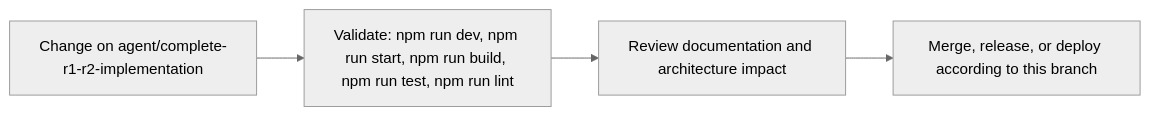
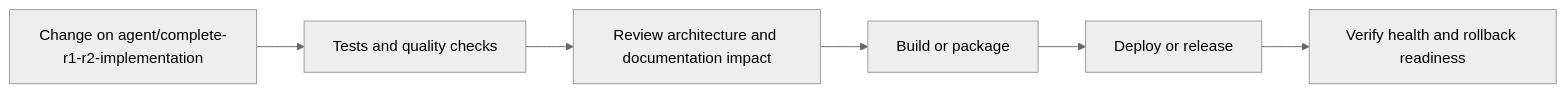
One commit to Nischhalsubba/BindForge-NW changed the fifth of 6 diagrams in README.md. Above: the diagram before and after it, drawn with Mermaid (neutral theme). The commit also changed other lines of this file, not shown here.

````diff
--- a/README.md
+++ b/README.md
@@ -82,8 +177,8 @@
 ```mermaid
 flowchart LR
-    CHANGE["Change on agent/complete-r1-r2-implementation"]
-    CHECK["Validate: npm run dev, npm run start, npm run build, npm run test, npm run lint"]
-    REVIEW["Review documentation and architecture impact"]
-    RELEASE["Merge, release, or deploy according to this branch"]
-    CHANGE --> CHECK --> REVIEW --> RELEASE
+    CHANGE["Change on agent/complete-r1-r2-implementation"] --> CHECK["Tests and quality checks"]
+    CHECK --> REVIEW["Review architecture and documentation impact"]
+    REVIEW --> BUILD["Build or package"]
+    BUILD --> DEPLOY["Deploy or release"]
+    DEPLOY --> VERIFY["Verify health and rollback readiness"]
 ```
````
